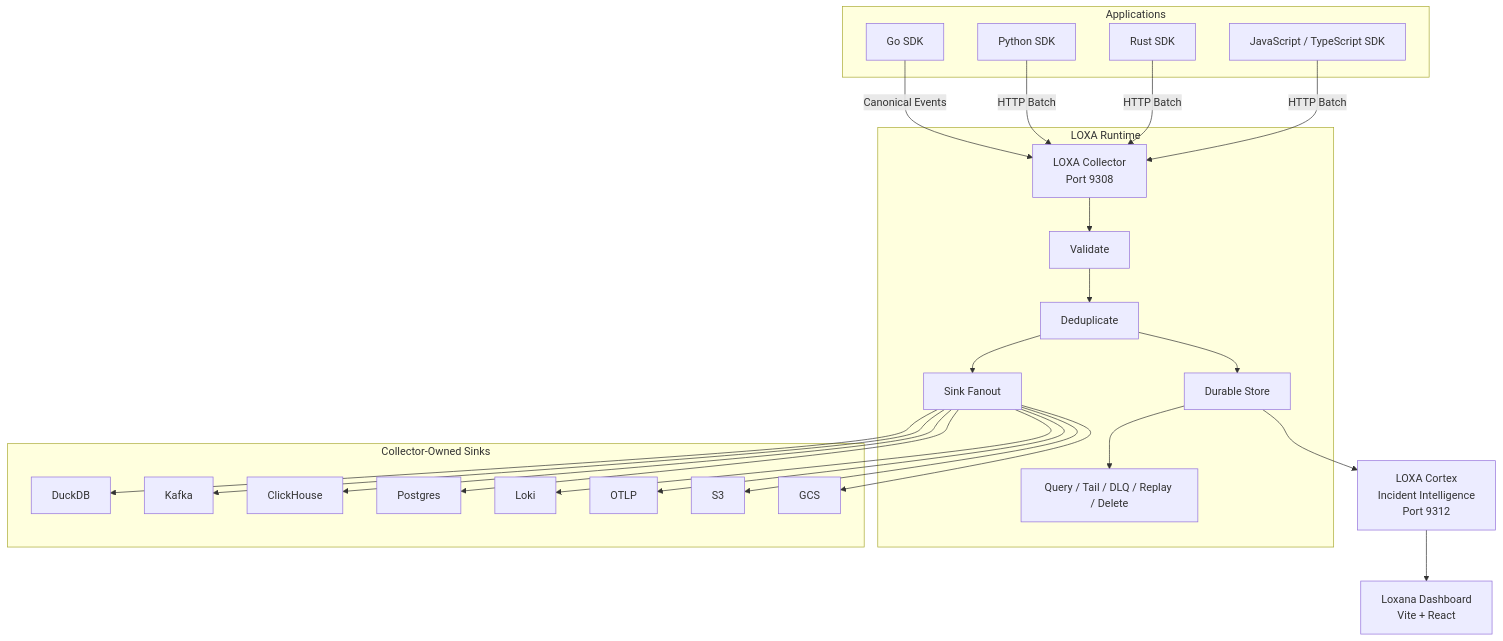
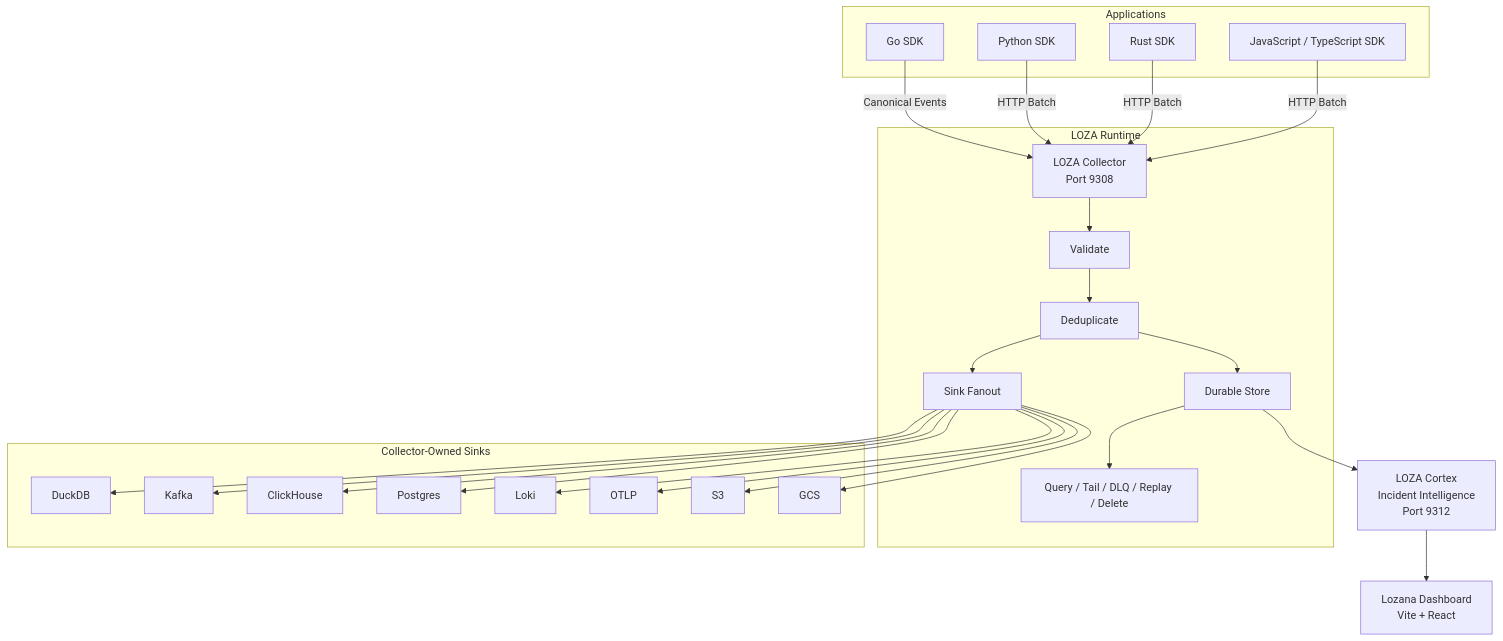
The first of 3 diagrams in README.md (Astraive/loxa), drawn with Mermaid before and after one commit. The commit also changed other lines of this file and 1108 other files, not shown here.

````diff
--- a/README.md
+++ b/README.md
@@ -103,52 +103,52 @@
 ```mermaid
 flowchart TD
     subgraph Apps["Applications"]
         Go["Go SDK"]
         Py["Python SDK"]
         Rs["Rust SDK"]
         Js["JavaScript / TypeScript SDK"]
     end
 
     Go -->|Canonical Events| Collector
     Py -->|HTTP Batch| Collector
     Rs -->|HTTP Batch| Collector
     Js -->|HTTP Batch| Collector
 
-    subgraph Loxa["LOXA Runtime"]
-        Collector["LOXA Collector<br/>Port 9308"]
+    subgraph Loza["LOZA Runtime"]
+        Collector["LOZA Collector<br/>Port 9308"]
         Validate["Validate"]
         Dedupe["Deduplicate"]
         Store["Durable Store"]
         Query["Query / Tail / DLQ / Replay / Delete"]
         Fanout["Sink Fanout"]
     end
 
     Collector --> Validate
     Validate --> Dedupe
     Dedupe --> Store
     Store --> Query
     Dedupe --> Fanout
 
     subgraph Sinks["Collector-Owned Sinks"]
         DuckDB["DuckDB"]
         Kafka["Kafka"]
         ClickHouse["ClickHouse"]
         Postgres["Postgres"]
         Loki["Loki"]
         OTLP["OTLP"]
         S3["S3"]
         GCS["GCS"]
     end
 
     Fanout --> DuckDB
     Fanout --> Kafka
     Fanout --> ClickHouse
     Fanout --> Postgres
     Fanout --> Loki
     Fanout --> OTLP
     Fanout --> S3
     Fanout --> GCS
 
-    Store --> Cortex["LOXA Cortex<br/>Incident Intelligence<br/>Port 9312"]
-    Cortex --> Loxana["Loxana Dashboard<br/>Vite + React"]
+    Store --> Cortex["LOZA Cortex<br/>Incident Intelligence<br/>Port 9312"]
+    Cortex --> Lozana["Lozana Dashboard<br/>Vite + React"]
 ```
````
